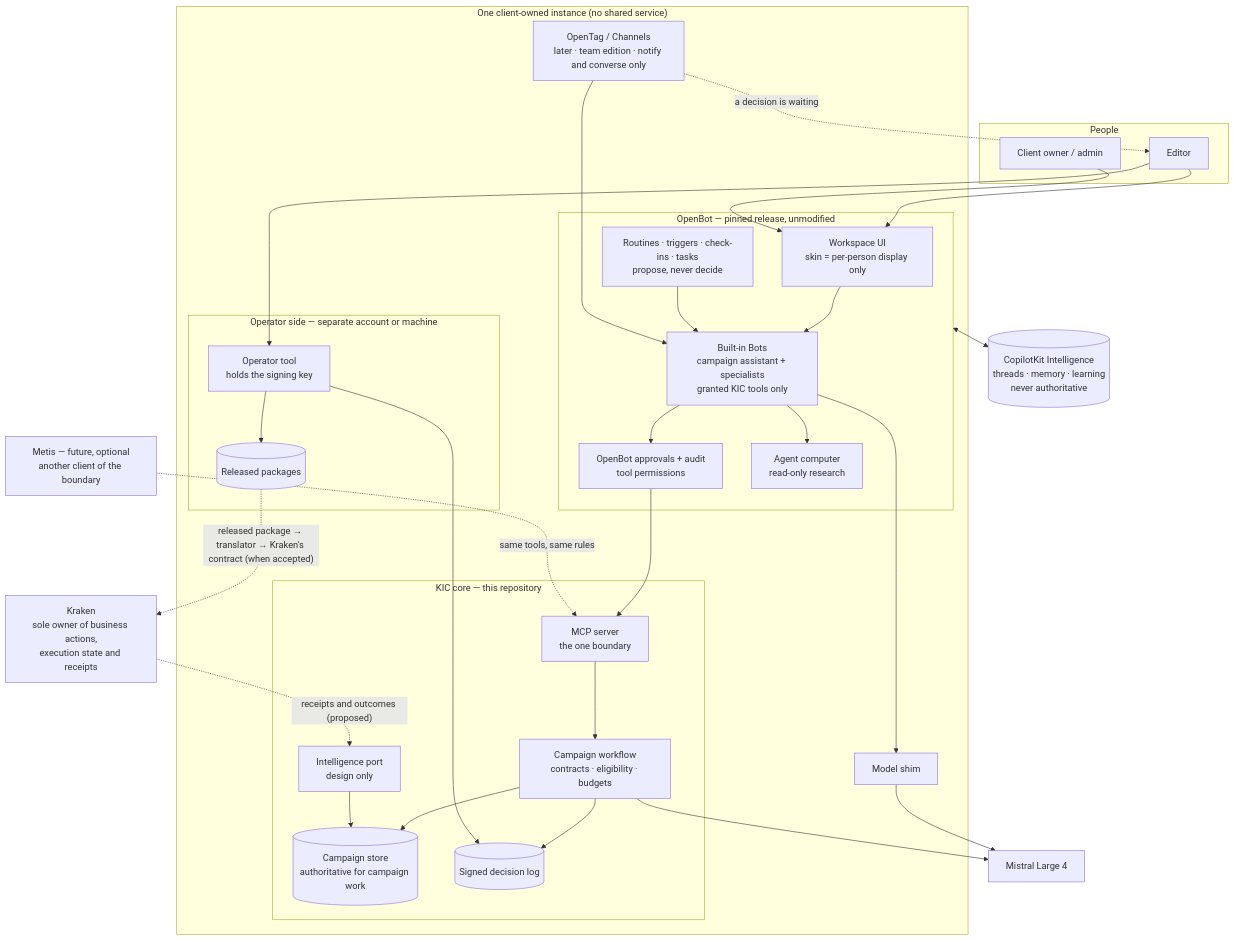
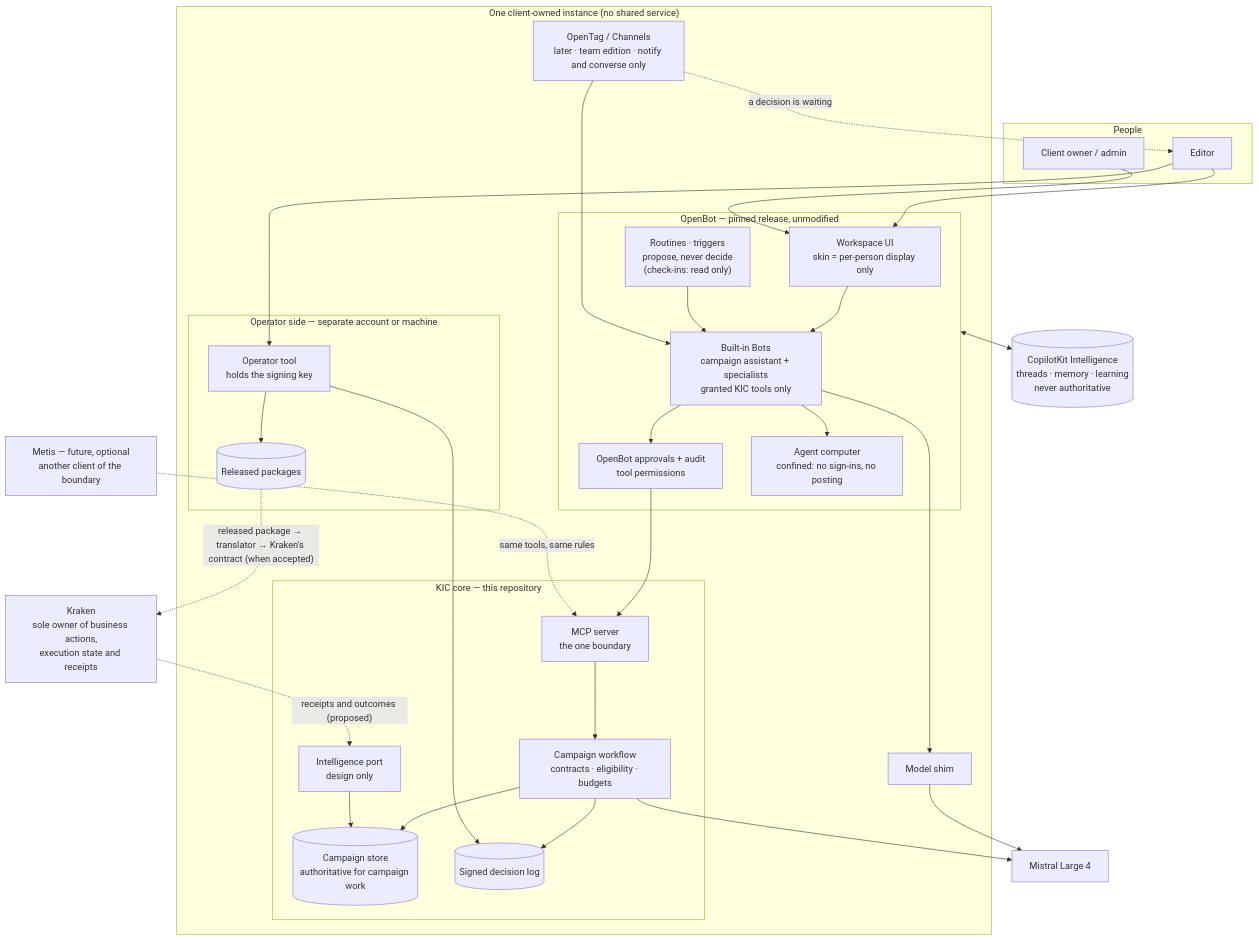
One commit to chrismarchant/kraken-intelligence-adapter changed the diagram in docs/architecture/mediation/KIC-ARCH-MED-01/D4-target-architecture.md. Above: the diagram before and after it, drawn with Mermaid. The commit also changed other lines of this file and 11 other files, not shown here.

````diff
--- a/docs/architecture/mediation/KIC-ARCH-MED-01/D4-target-architecture.md
+++ b/docs/architecture/mediation/KIC-ARCH-MED-01/D4-target-architecture.md
@@ -22,59 +24,59 @@
 ```mermaid
 flowchart TB
   subgraph People
     ED["Editor"]
     OWN["Client owner / admin"]
   end
 
   subgraph Instance["One client-owned instance (no shared service)"]
     subgraph OB["OpenBot — pinned release, unmodified"]
       UI["Workspace UI<br/>skin = per-person display only"]
       BOTS["Built-in Bots<br/>campaign assistant + specialists<br/>granted KIC tools only"]
-      BG["Routines · triggers · check-ins · tasks<br/>propose, never decide"]
+      BG["Routines · triggers<br/>propose, never decide<br/>(check-ins: read only)"]
       GATE["OpenBot approvals + audit<br/>tool permissions"]
-      COMP["Agent computer<br/>read-only research"]
+      COMP["Agent computer<br/>confined: no sign-ins, no posting"]
     end
 
     SHIM["Model shim"]
     subgraph KIC["KIC core — this repository"]
       MCP["MCP server<br/>the one boundary"]
       WF["Campaign workflow<br/>contracts · eligibility · budgets"]
       STORE[("Campaign store<br/>authoritative for campaign work")]
       LOG[("Signed decision log")]
       PORT["Intelligence port<br/>design only"]
     end
 
     subgraph OPS["Operator side — separate account or machine"]
       OP["Operator tool<br/>holds the signing key"]
       REL[("Released packages")]
     end
 
     TAG["OpenTag / Channels<br/>later · team edition · notify and converse only"]
   end
 
   INTEL[("CopilotKit Intelligence<br/>threads · memory · learning<br/>never authoritative")]
   MODEL["Mistral Large 4"]
   KR["Kraken<br/>sole owner of business actions,<br/>execution state and receipts"]
   METIS["Metis — future, optional<br/>another client of the boundary"]
 
   ED --> UI
   ED --> OP
   OWN --> UI
   UI --> BOTS
   BG --> BOTS
   BOTS --> GATE --> MCP
   BOTS --> COMP
   BOTS --> SHIM --> MODEL
   OB <--> INTEL
   MCP --> WF --> STORE
   WF --> MODEL
   WF --> LOG
   OP --> LOG
   OP --> REL
   REL -. "released package → translator → Kraken's contract (when accepted)" .-> KR
   KR -. "receipts and outcomes (proposed)" .-> PORT
   PORT --> STORE
   TAG -. "a decision is waiting" .-> ED
   TAG --> BOTS
   METIS -. "same tools, same rules" .-> MCP
 ```
````
